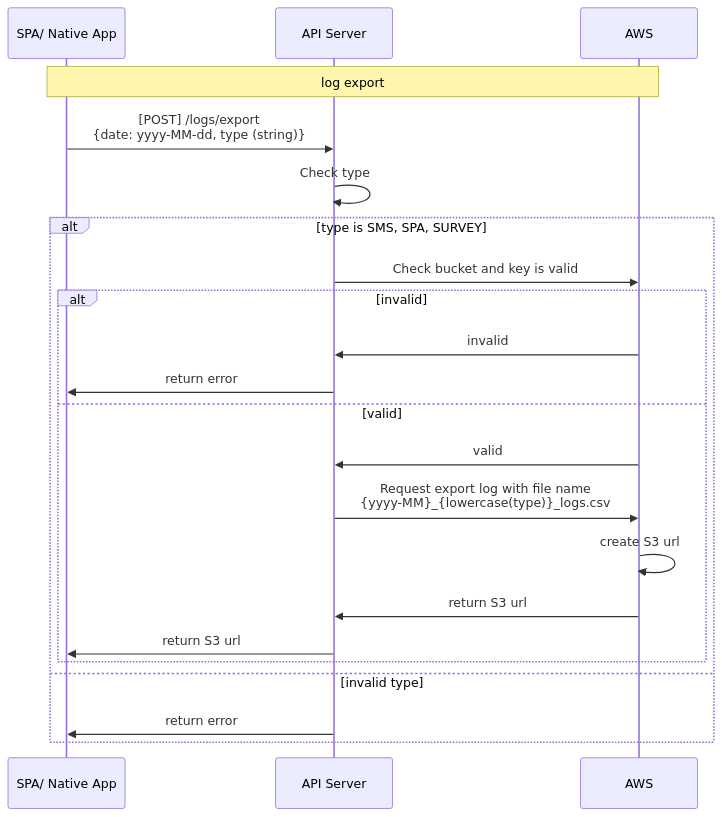
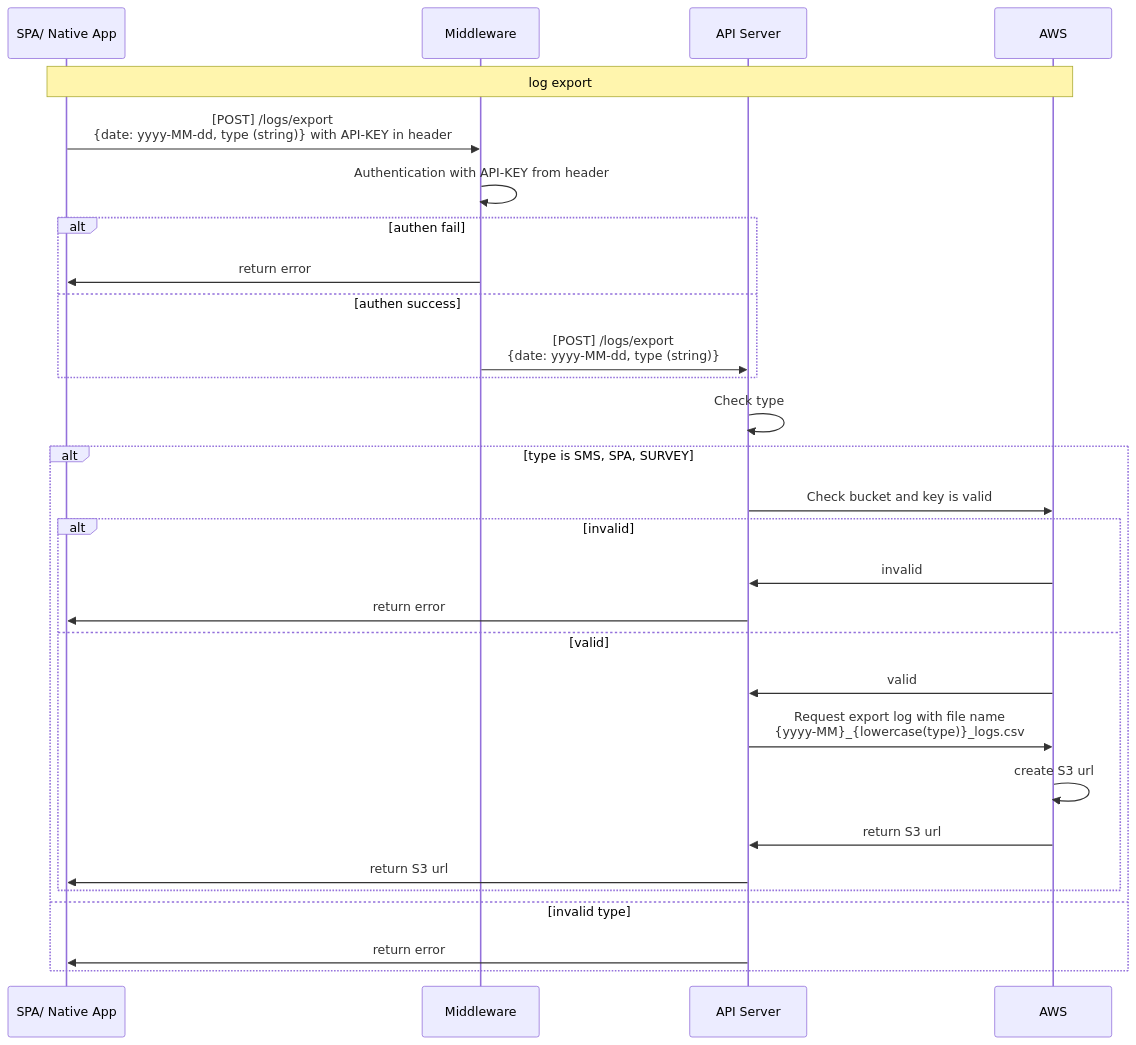
One commit to tunglampd/cicd_test changed the diagram in log_export.md. Above: the diagram before and after it, drawn with Mermaid.

````diff
--- a/log_export.md
+++ b/log_export.md
@@ -1,30 +1,39 @@
 ```mermaid
 sequenceDiagram    
     participant Webapp as SPA/ Native App
+    participant md as Middleware
     participant Server as API Server 
     participant AC as AWS
 
     Note over Webapp, AC: log export
 
-    Webapp->>Server: [POST] /logs/export <br> {date: yyyy-MM-dd, type (string)}
+    Webapp->>md: [POST] /logs/export <br> {date: yyyy-MM-dd, type (string)} with API-KEY in header
+
+    md->>md: Authentication with API-KEY from header
+    alt authen fail
+    md->>Webapp: return error
+    else authen success
+    md->>Server: [POST] /logs/export <br> {date: yyyy-MM-dd, type (string)}
+    end
+
     Server->>Server: Check type
     alt type is SMS, SPA, SURVEY
     Server->>AC: Check bucket and key is valid
 
     alt invalid
     AC->>Server: invalid
     Server->>Webapp: return error
     else valid
     AC->>Server: valid
     
 
     Server->>AC: Request export log with file name <br> {yyyy-MM}_{lowercase(type)}_logs.csv
     AC->>AC: create S3 url 
     AC->>Server: return S3 url
     Server->>Webapp: return S3 url
     end
     else invalid type
     Server->>Webapp: return error
     end
      
 ```
````
